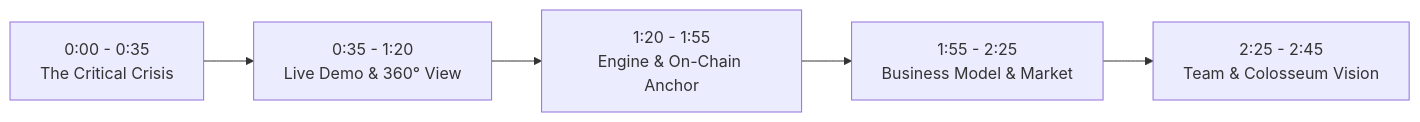
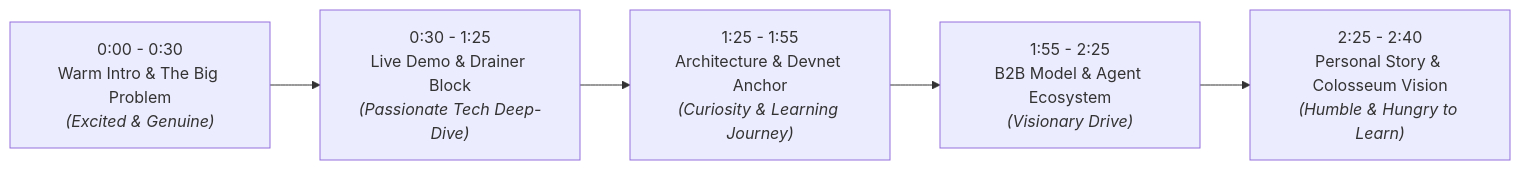
Before and after one commit to camesenin/solagent-sentinel: the diagram in docs/PITCH_VIDEO_SCRIPT.md, drawn with Mermaid. The commit also changed other lines of this file and 7 other files, not shown here.

````diff
--- a/docs/PITCH_VIDEO_SCRIPT.md
+++ b/docs/PITCH_VIDEO_SCRIPT.md
@@ -11,7 +11,7 @@
 ```mermaid
 flowchart LR
-    A["0:00 - 0:35<br/>The Critical Crisis"] --> B["0:35 - 1:20<br/>Live Demo & 360° View"]
-    B --> C["1:20 - 1:55<br/>Engine & On-Chain Anchor"]
-    C --> D["1:55 - 2:25<br/>Business Model & Market"]
-    D --> E["2:25 - 2:45<br/>Team & Colosseum Vision"]
+    A["0:00 - 0:30<br/>Warm Intro & The Big Problem<br/><i>(Excited & Genuine)</i>"] --> B["0:30 - 1:25<br/>Live Demo & Drainer Block<br/><i>(Passionate Tech Deep-Dive)</i>"]
+    B --> C["1:25 - 1:55<br/>Architecture & Devnet Anchor<br/><i>(Curiosity & Learning Journey)</i>"]
+    C --> D["1:55 - 2:25<br/>B2B Model & Agent Ecosystem<br/><i>(Visionary Drive)</i>"]
+    D --> E["2:25 - 2:40<br/>Personal Story & Colosseum Vision<br/><i>(Humble & Hungry to Learn)</i>"]
 ```
````
